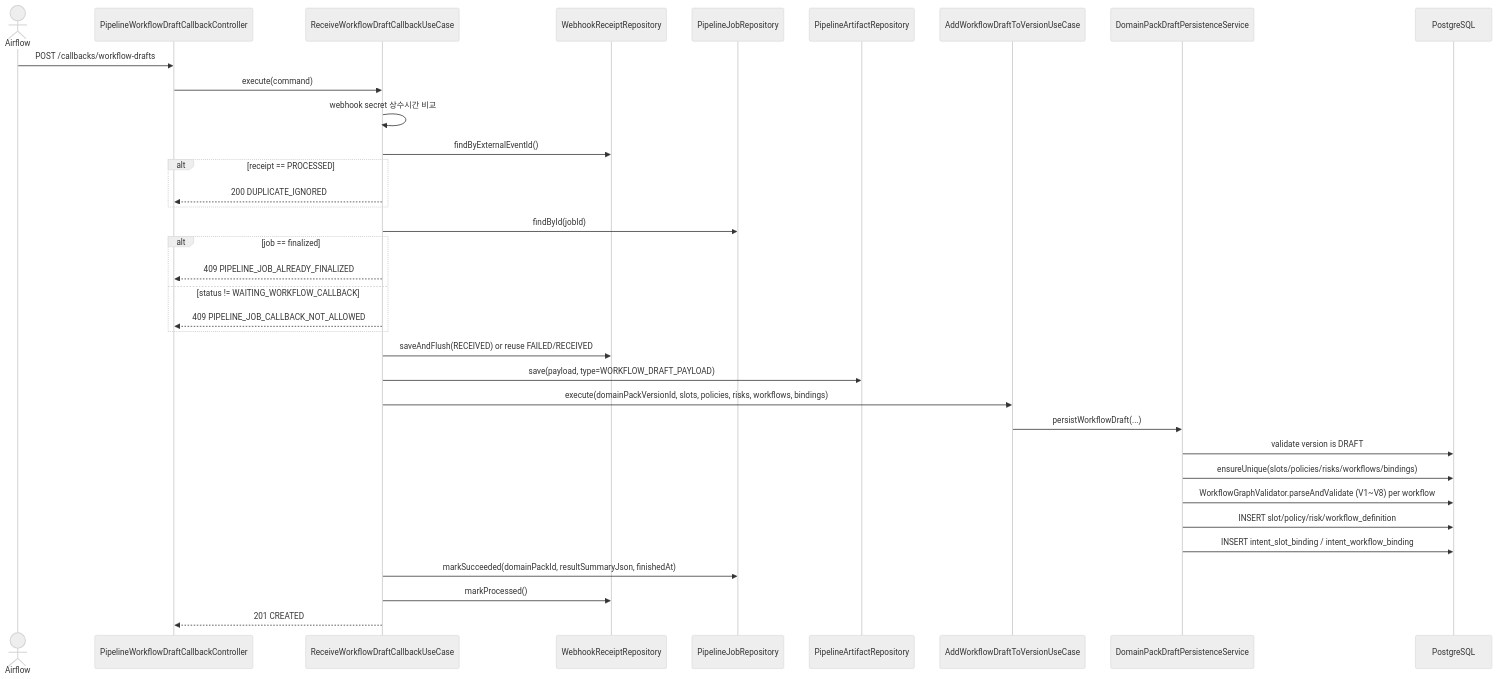
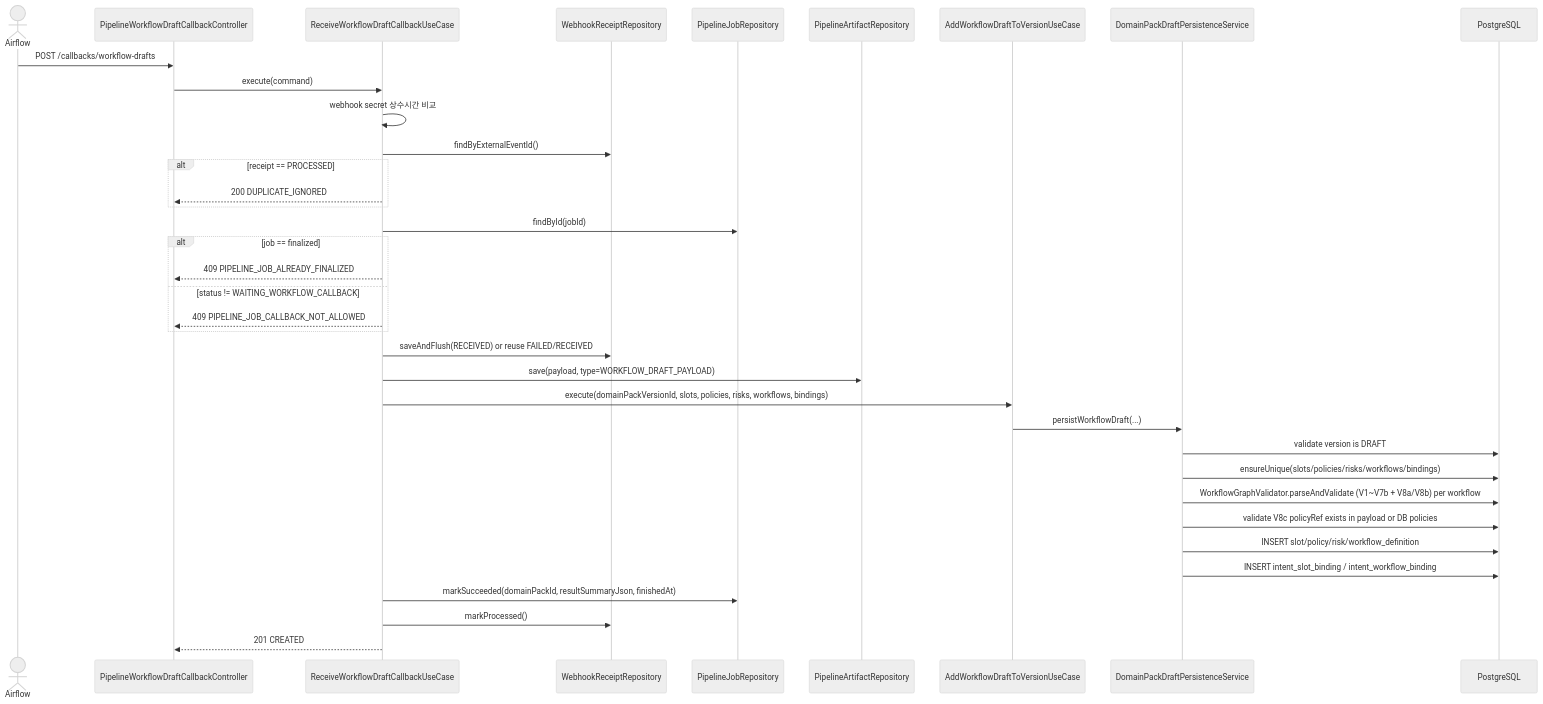
One commit to ajou-2026-1-capstone-5/ostone changed the second of 3 diagrams in .agent/specs/217.md. Above: the diagram before and after it, drawn with Mermaid (neutral theme). The commit also changed other lines of this file, not shown here.

Commit message:
docs(spec): refine workflow draft callback spec

````diff
--- a/.agent/specs/217.md
+++ b/.agent/specs/217.md
@@ -303,38 +311,39 @@
 ```mermaid
 sequenceDiagram
     actor airflow as Airflow
     participant ctrl as PipelineWorkflowDraftCallbackController
     participant cb as ReceiveWorkflowDraftCallbackUseCase
     participant receiptRepo as WebhookReceiptRepository
     participant jobRepo as PipelineJobRepository
     participant artifactRepo as PipelineArtifactRepository
     participant addUc as AddWorkflowDraftToVersionUseCase
     participant draftSvc as DomainPackDraftPersistenceService
     participant db as PostgreSQL
 
     airflow ->> ctrl: POST /callbacks/workflow-drafts
     ctrl ->> cb: execute(command)
     cb ->> cb: webhook secret 상수시간 비교
     cb ->> receiptRepo: findByExternalEventId()
     alt receipt == PROCESSED
         cb -->> ctrl: 200 DUPLICATE_IGNORED
     end
     cb ->> jobRepo: findById(jobId)
     alt job == finalized
         cb -->> ctrl: 409 PIPELINE_JOB_ALREADY_FINALIZED
     else status != WAITING_WORKFLOW_CALLBACK
         cb -->> ctrl: 409 PIPELINE_JOB_CALLBACK_NOT_ALLOWED
     end
     cb ->> receiptRepo: saveAndFlush(RECEIVED) or reuse FAILED/RECEIVED
     cb ->> artifactRepo: save(payload, type=WORKFLOW_DRAFT_PAYLOAD)
     cb ->> addUc: execute(domainPackVersionId, slots, policies, risks, workflows, bindings)
     addUc ->> draftSvc: persistWorkflowDraft(...)
     draftSvc ->> db: validate version is DRAFT
     draftSvc ->> db: ensureUnique(slots/policies/risks/workflows/bindings)
-    draftSvc ->> db: WorkflowGraphValidator.parseAndValidate (V1~V8) per workflow
+    draftSvc ->> db: WorkflowGraphValidator.parseAndValidate (V1~V7b + V8a/V8b) per workflow
+    draftSvc ->> db: validate V8c policyRef exists in payload or DB policies
     draftSvc ->> db: INSERT slot/policy/risk/workflow_definition
     draftSvc ->> db: INSERT intent_slot_binding / intent_workflow_binding
     cb ->> jobRepo: markSucceeded(domainPackId, resultSummaryJson, finishedAt)
     cb ->> receiptRepo: markProcessed()
     cb -->> ctrl: 201 CREATED
 ```
````
